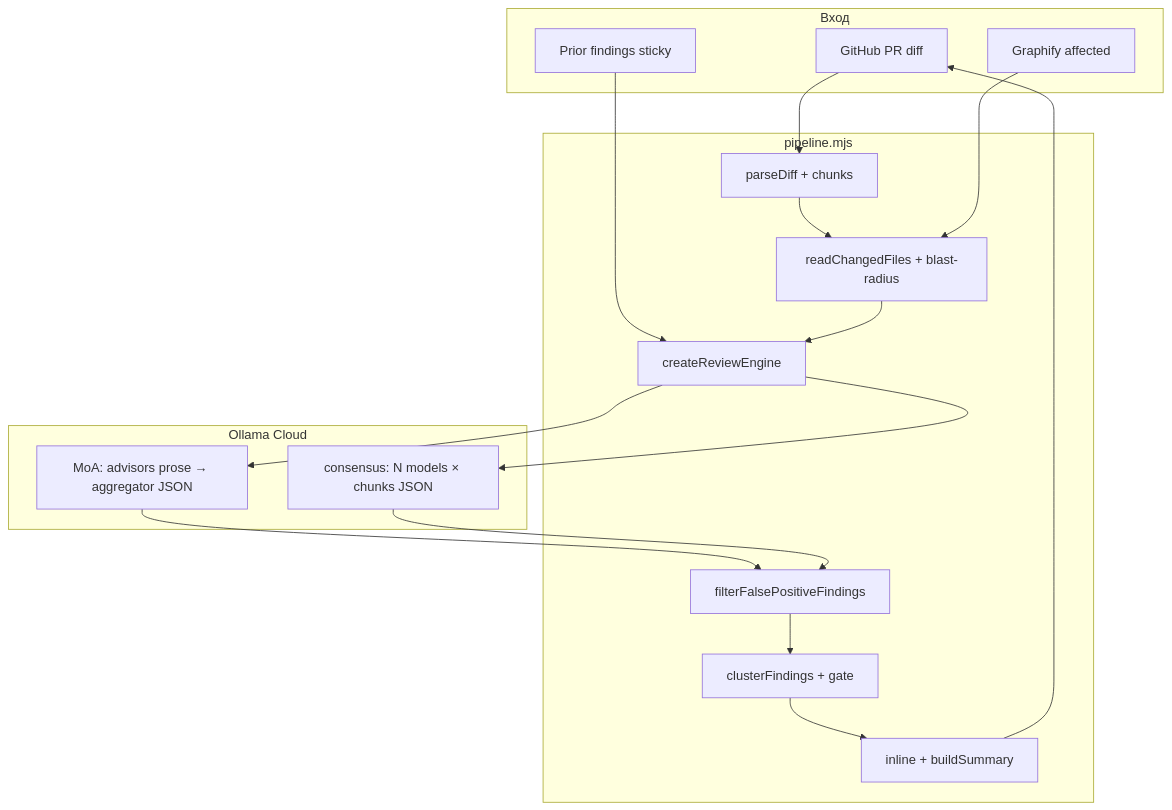
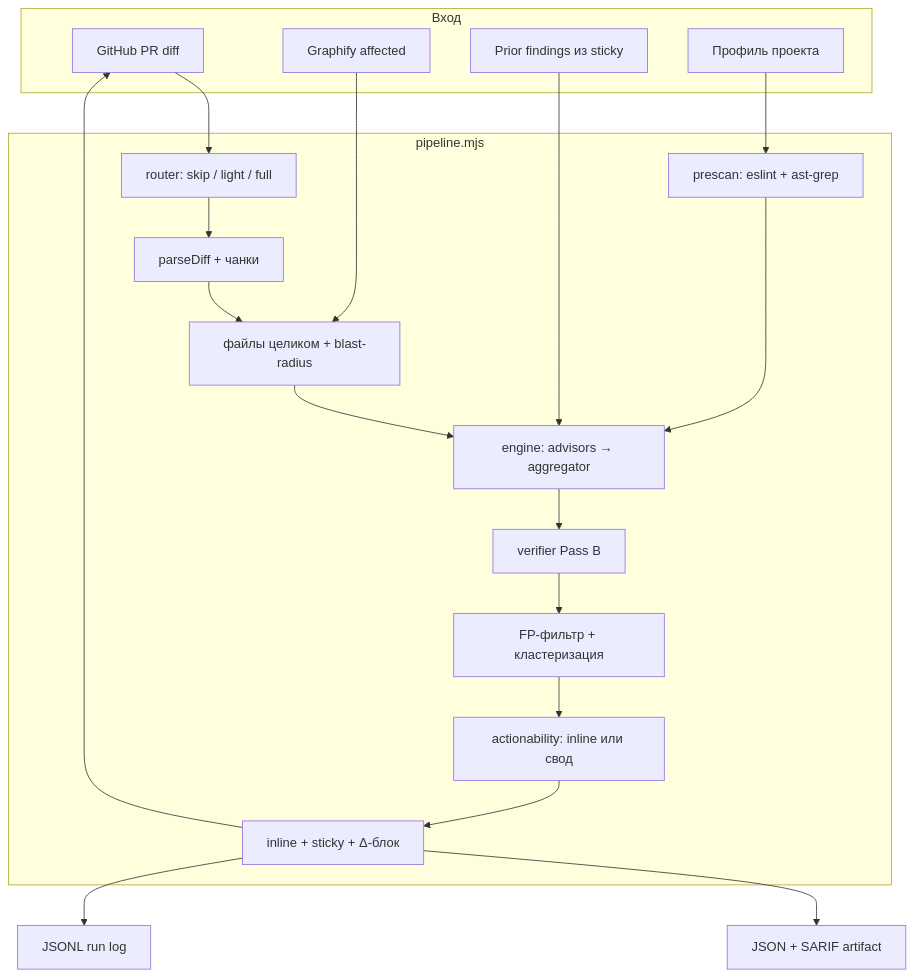
The diagram in docs/architecture.md (Orange-hanter/ai-reviewer), drawn with Mermaid before and after one commit. The commit also changed other lines of this file and 75 other files, not shown here.

````diff
--- a/docs/architecture.md
+++ b/docs/architecture.md
@@ -9,35 +12,30 @@
 ```mermaid
 flowchart TB
   subgraph inputs [Вход]
     GH[GitHub PR diff]
     GF[Graphify affected]
-    PRIOR[Prior findings sticky]
+    PRIOR[Prior findings из sticky]
+    PROF[Профиль проекта]
   end
 
   subgraph pipeline [pipeline.mjs]
-    PARSE[parseDiff + chunks]
-    CTX[readChangedFiles + blast-radius]
-    ENG[createReviewEngine]
-    FILT[filterFalsePositiveFindings]
-    CLU[clusterFindings + gate]
-    OUT[inline + buildSummary]
+    ROUTE[router: skip / light / full]
+    PARSE[parseDiff + чанки]
+    CTX[файлы целиком + blast-radius]
+    PRE[prescan: eslint + ast-grep]
+    ENG[engine: advisors → aggregator]
+    VER[verifier Pass B]
+    FILT[FP-фильтр + кластеризация]
+    ACT[actionability: inline или свод]
+    OUT[inline + sticky + Δ-блок]
   end
 
-  subgraph llm [Ollama Cloud]
-    MOA[MoA: advisors prose → aggregator JSON]
-    CON[consensus: N models × chunks JSON]
-  end
-
-  GH --> PARSE
-  PARSE --> CTX
+  GH --> ROUTE --> PARSE --> CTX --> ENG
   GF --> CTX
+  PROF --> PRE
+  PRE --> ENG
   PRIOR --> ENG
-  CTX --> ENG
-  ENG --> MOA
-  ENG --> CON
-  MOA --> FILT
-  CON --> FILT
-  FILT --> CLU
-  CLU --> OUT
-  OUT --> GH
+  ENG --> VER --> FILT --> ACT --> OUT --> GH
+  OUT --> EXP[JSON + SARIF artifact]
+  OUT --> OBS[JSONL run log]
 ```
````
